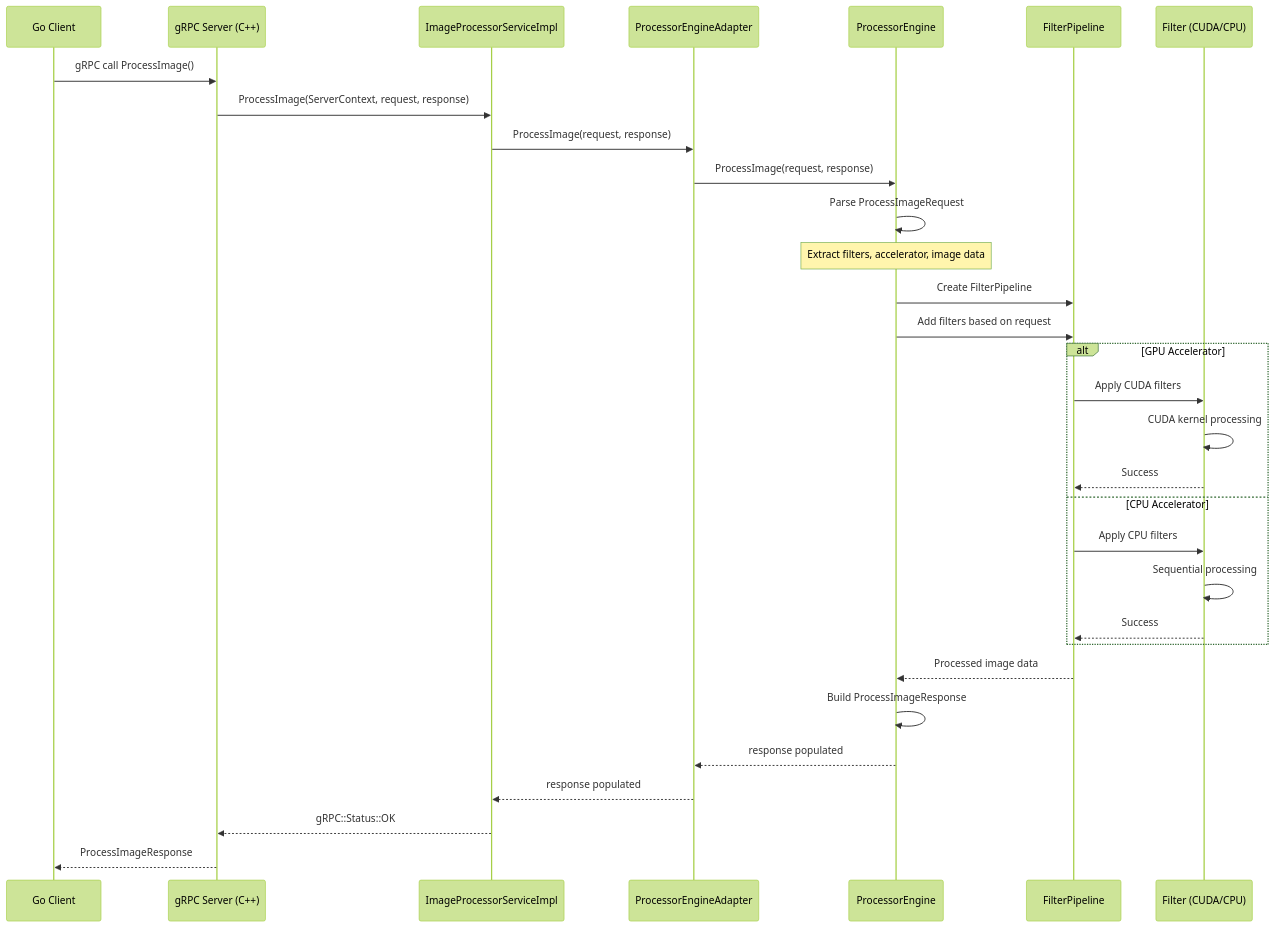
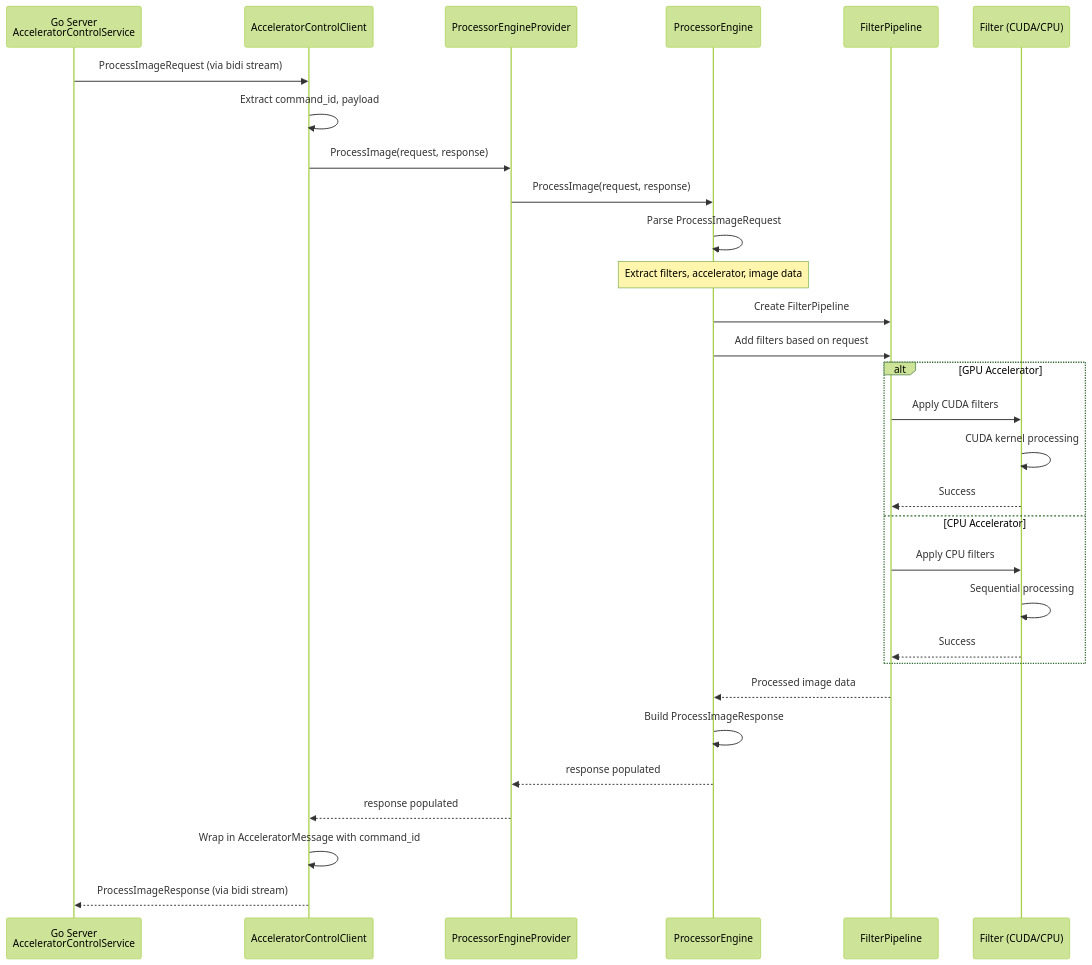
One commit to josnelihurt/learning-cuda changed the sixth of 6 diagrams in src/cpp_accelerator/README.md. Above: the diagram before and after it, drawn with Mermaid (forest theme). The commit also changed other lines of this file and 2 other files, not shown here.

Commit message:
docs: documentation update for the new communication schema

````diff
--- a/src/cpp_accelerator/README.md
+++ b/src/cpp_accelerator/README.md
@@ -251,39 +272,38 @@
 ```mermaid
 sequenceDiagram
-    participant GoClient as Go Client
-    participant GRPCServer as gRPC Server (C++)
-    participant Service as ImageProcessorServiceImpl
-    participant Adapter as ProcessorEngineAdapter
+    participant GoServer as Go Server<br/>AcceleratorControlService
+    participant Client as AcceleratorControlClient
+    participant Provider as ProcessorEngineProvider
     participant Engine as ProcessorEngine
     participant Pipeline as FilterPipeline
     participant Filter as Filter (CUDA/CPU)
     
-    GoClient->>GRPCServer: gRPC call ProcessImage()
-    GRPCServer->>Service: ProcessImage(ServerContext, request, response)
+    GoServer->>Client: ProcessImageRequest (via bidi stream)
+    Client->>Client: Extract command_id, payload
     
-    Service->>Adapter: ProcessImage(request, response)
-    Adapter->>Engine: ProcessImage(request, response)
+    Client->>Provider: ProcessImage(request, response)
+    Provider->>Engine: ProcessImage(request, response)
     
     Engine->>Engine: Parse ProcessImageRequest
     Note over Engine: Extract filters, accelerator, image data
     
     Engine->>Pipeline: Create FilterPipeline
     Engine->>Pipeline: Add filters based on request
     
     alt GPU Accelerator
         Pipeline->>Filter: Apply CUDA filters
         Filter->>Filter: CUDA kernel processing
         Filter-->>Pipeline: Success
     else CPU Accelerator
         Pipeline->>Filter: Apply CPU filters
         Filter->>Filter: Sequential processing
         Filter-->>Pipeline: Success
     end
     
     Pipeline-->>Engine: Processed image data
     Engine->>Engine: Build ProcessImageResponse
-    Engine-->>Adapter: response populated
-    Adapter-->>Service: response populated
-    Service-->>GRPCServer: gRPC::Status::OK
-    GRPCServer-->>GoClient: ProcessImageResponse
+    Engine-->>Provider: response populated
+    Provider-->>Client: response populated
+    Client->>Client: Wrap in AcceleratorMessage with command_id
+    Client-->>GoServer: ProcessImageResponse (via bidi stream)
 ```
````
